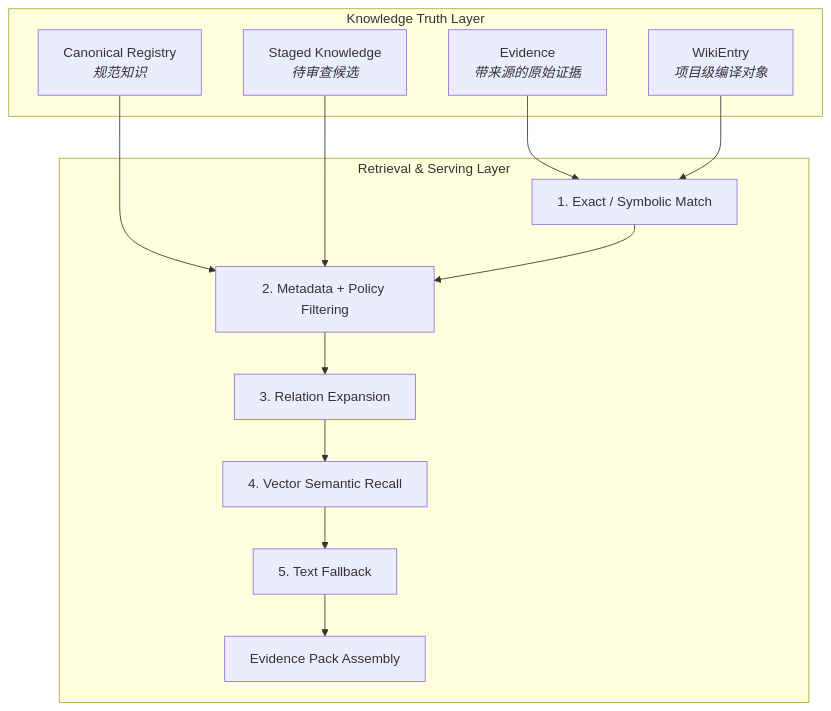
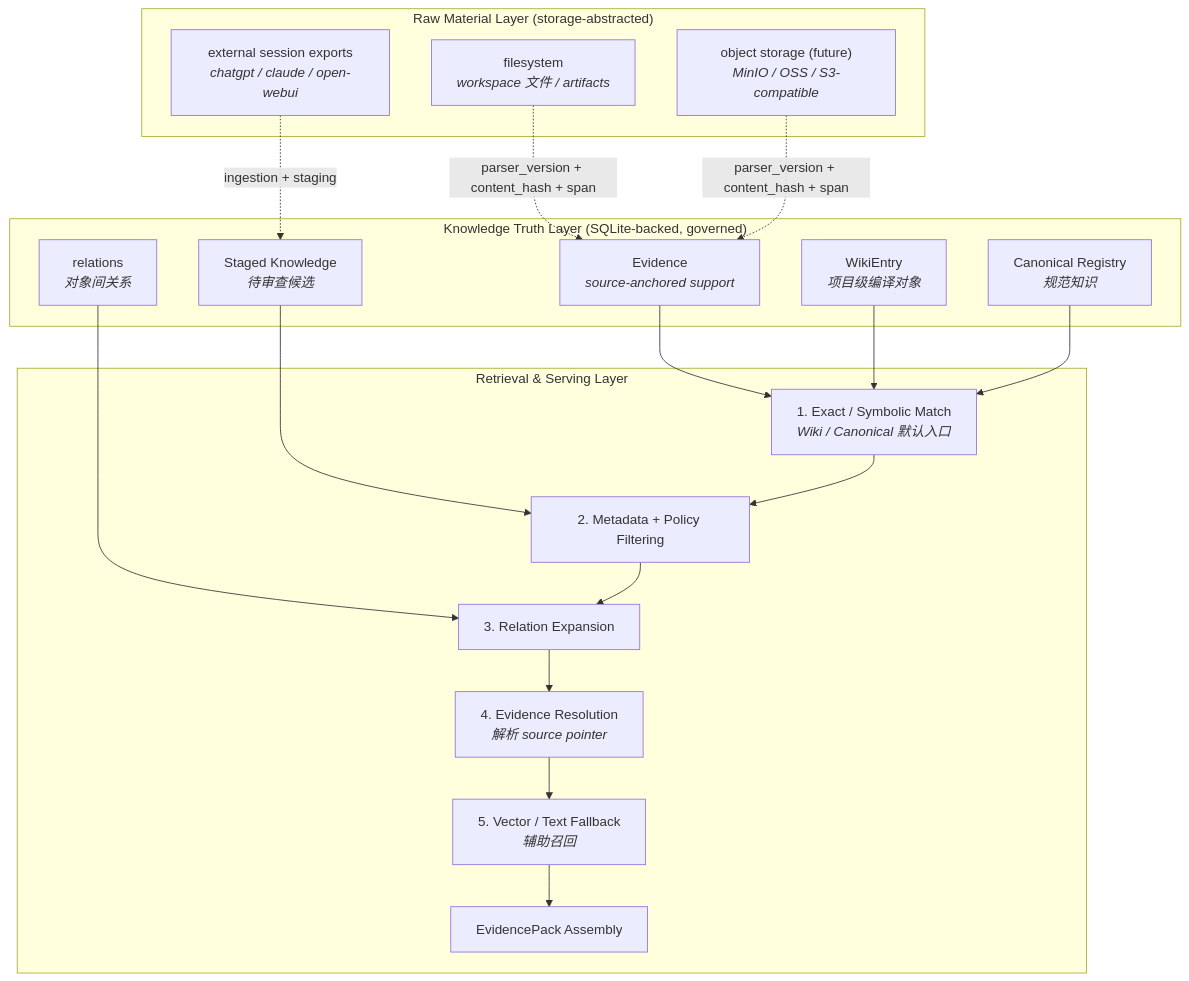
The diagram in docs/design/KNOWLEDGE.md (RocioGinsberg/swallow), drawn with Mermaid before and after one commit. The commit also changed other lines of this file and 3 other files, not shown here.

````diff
--- a/docs/design/KNOWLEDGE.md
+++ b/docs/design/KNOWLEDGE.md
@@ -25,24 +25,36 @@
 ```mermaid
 graph TD
-    subgraph "Knowledge Truth Layer"
-        EV["Evidence<br/><i>带来源的原始证据</i>"]
+    subgraph "Raw Material Layer (storage-abstracted)"
+        FS["filesystem<br/><i>workspace 文件 / artifacts</i>"]
+        OBJ["object storage (future)<br/><i>MinIO / OSS / S3-compatible</i>"]
+        EXT["external session exports<br/><i>chatgpt / claude / open-webui</i>"]
+    end
+
+    subgraph "Knowledge Truth Layer (SQLite-backed, governed)"
+        EV["Evidence<br/><i>source-anchored support</i>"]
         WK["WikiEntry<br/><i>项目级编译对象</i>"]
         CR["Canonical Registry<br/><i>规范知识</i>"]
         SK["Staged Knowledge<br/><i>待审查候选</i>"]
+        REL["relations<br/><i>对象间关系</i>"]
     end
 
     subgraph "Retrieval & Serving Layer"
-        EM["1. Exact / Symbolic Match"]
+        EM["1. Exact / Symbolic Match<br/><i>Wiki / Canonical 默认入口</i>"]
         MF["2. Metadata + Policy Filtering"]
         RE["3. Relation Expansion"]
-        VS["4. Vector Semantic Recall"]
-        TF["5. Text Fallback"]
-        EP["Evidence Pack Assembly"]
+        ER["4. Evidence Resolution<br/><i>解析 source pointer</i>"]
+        VS["5. Vector / Text Fallback<br/><i>辅助召回</i>"]
+        EP["EvidencePack Assembly"]
     end
+
+    FS -.parser_version + content_hash + span.-> EV
+    OBJ -.parser_version + content_hash + span.-> EV
+    EXT -.ingestion + staging.-> SK
 
     EV --> EM
     WK --> EM
-    CR --> MF
+    CR --> EM
     SK --> MF
-    EM --> MF --> RE --> VS --> TF --> EP
+    REL --> RE
+    EM --> MF --> RE --> ER --> VS --> EP
 ```
````
